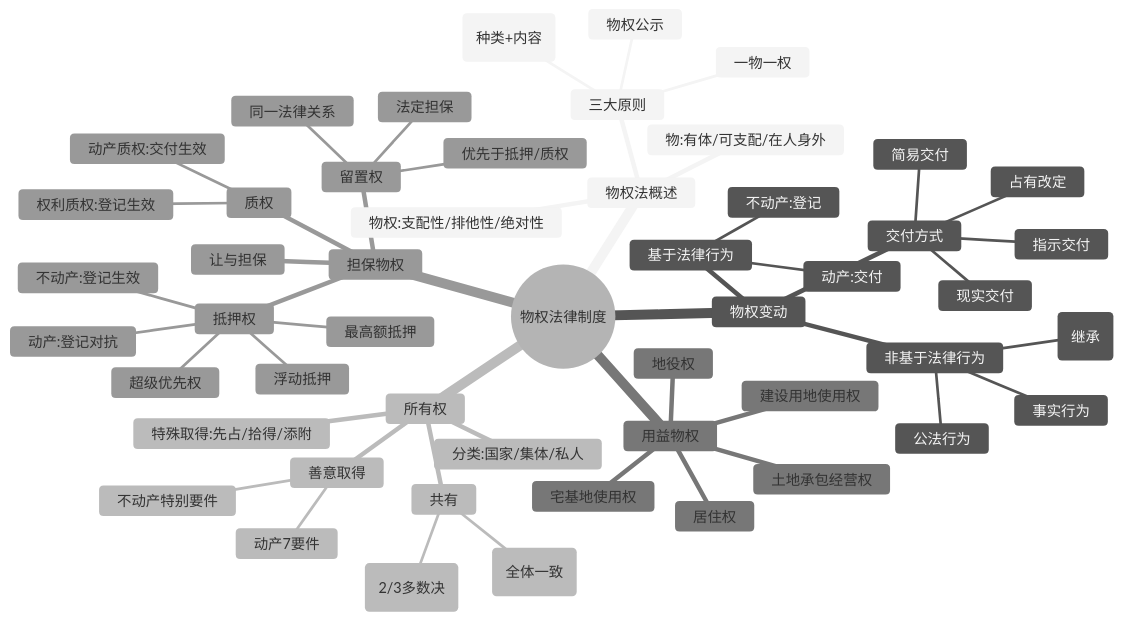
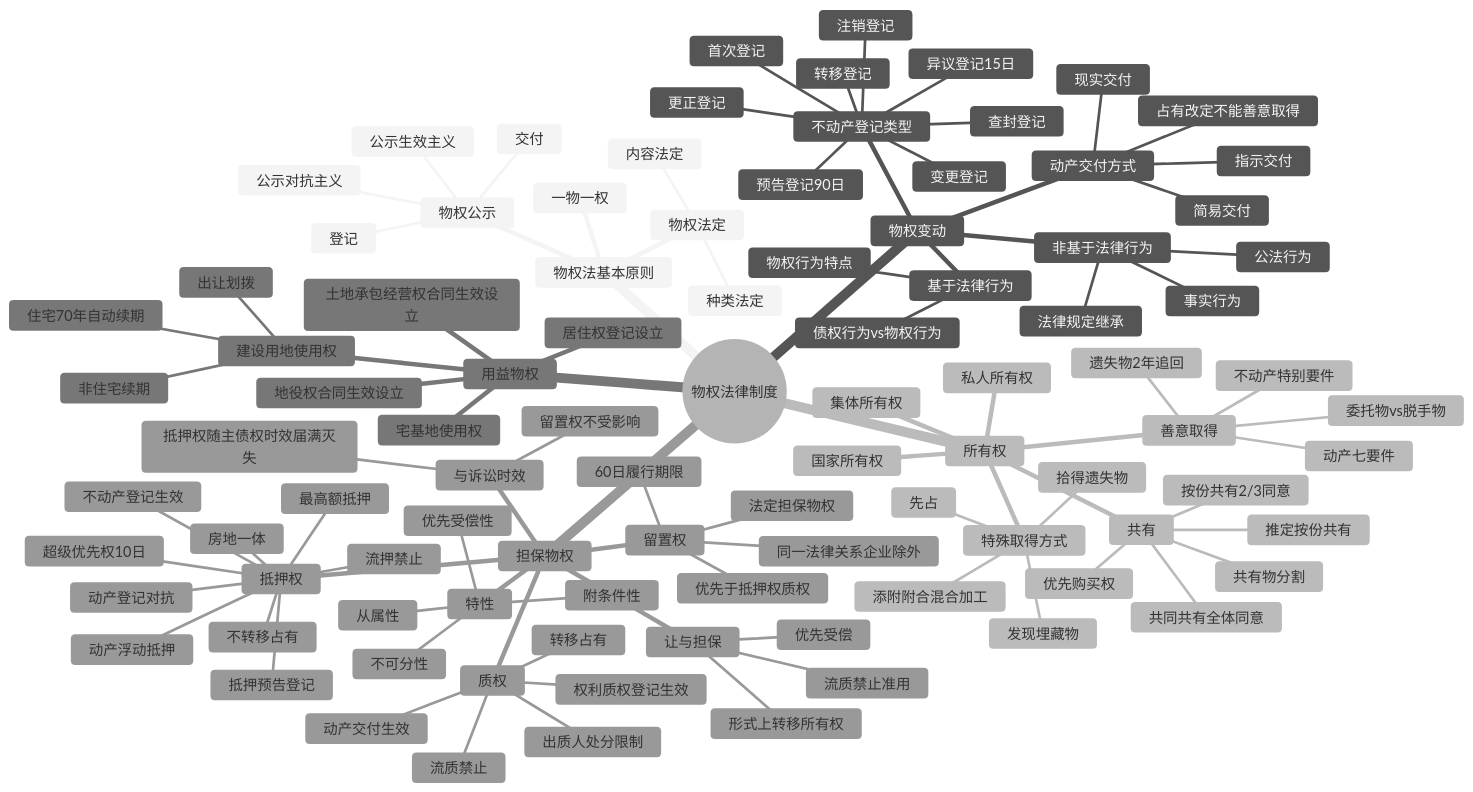
Before and after one commit to 106-official/deepsleep-blog: the diagram in content/learn/cpa/06-economic-law/03-property-law.md, drawn with Mermaid (neutral theme). The commit also changed other lines of this file and 149 other files, not shown here.

````diff
--- a/content/learn/cpa/06-economic-law/03-property-law.md
+++ b/content/learn/cpa/06-economic-law/03-property-law.md
@@ -35,54 +60,99 @@
 ```mermaid
 mindmap
   root((物权法律制度))
-    物权法概述
-      物:有体/可支配/在人身外
-      物权:支配性/排他性/绝对性
-      三大原则
-        物权法定(种类+内容)
-        一物一权
-        物权公示
+    物权法基本原则
+      物权法定
+        种类法定
+        内容法定
+      一物一权
+      物权公示
+        交付
+        登记
+        公示生效主义
+        公示对抗主义
     物权变动
       基于法律行为
-        动产:交付
-        不动产:登记
+        债权行为vs物权行为
+        物权行为特点
       非基于法律行为
         事实行为
-        法律规定(继承)
+        法律规定继承
         公法行为
-      交付方式
+      动产交付方式
         现实交付
         简易交付
         指示交付
-        占有改定
+        占有改定不能善意取得
+      不动产登记类型
+        首次登记
+        变更登记
+        转移登记
+        注销登记
+        更正登记
+        异议登记15日
+        预告登记90日
+        查封登记
     所有权
-      分类:国家/集体/私人
+      国家所有权
+      集体所有权
+      私人所有权
       共有
-        按份共有(2/3多数决)
-        共同共有(全体一致)
+        按份共有2/3同意
+        共同共有全体同意
+        推定按份共有
+        优先购买权
+        共有物分割
       善意取得
-        动产7要件
+        动产七要件
         不动产特别要件
-      特殊取得:先占/拾得/添附
+        委托物vs脱手物
+        遗失物2年追回
+      特殊取得方式
+        先占
+        拾得遗失物
+        发现埋藏物
+        添附附合混合加工
     用益物权
-      土地承包经营权
+      土地承包经营权合同生效设立
       建设用地使用权
+        出让划拨
+        住宅70年自动续期
+        非住宅续期
       宅基地使用权
-      居住权
-      地役权
+      居住权登记设立
+      地役权合同生效设立
     担保物权
+      特性
+        从属性
+        附条件性
+        优先受偿性
+        不可分性
+      与诉讼时效
+        抵押权随主债权时效届满灭失
+        留置权不受影响
       抵押权
-        不动产:登记生效
-        动产:登记对抗
-        浮动抵押
+        不转移占有
+        不动产登记生效
+        动产登记对抗
+        房地一体
+        流押禁止
+        动产浮动抵押
         最高额抵押
-        超级优先权
+        超级优先权10日
+        抵押预告登记
       质权
-        动产质权:交付生效
-        权利质权:登记生效
+        转移占有
+        动产交付生效
+        权利质权登记生效
+        流质禁止
+        出质人处分限制
       留置权
-        法定担保
-        同一法律关系
-        优先于抵押/质权
+        法定担保物权
+        同一法律关系企业除外
+        60日履行期限
+        优先于抵押权质权
       让与担保
+        形式上转移所有权
+        流质禁止准用
+        优先受偿
 ```
````
